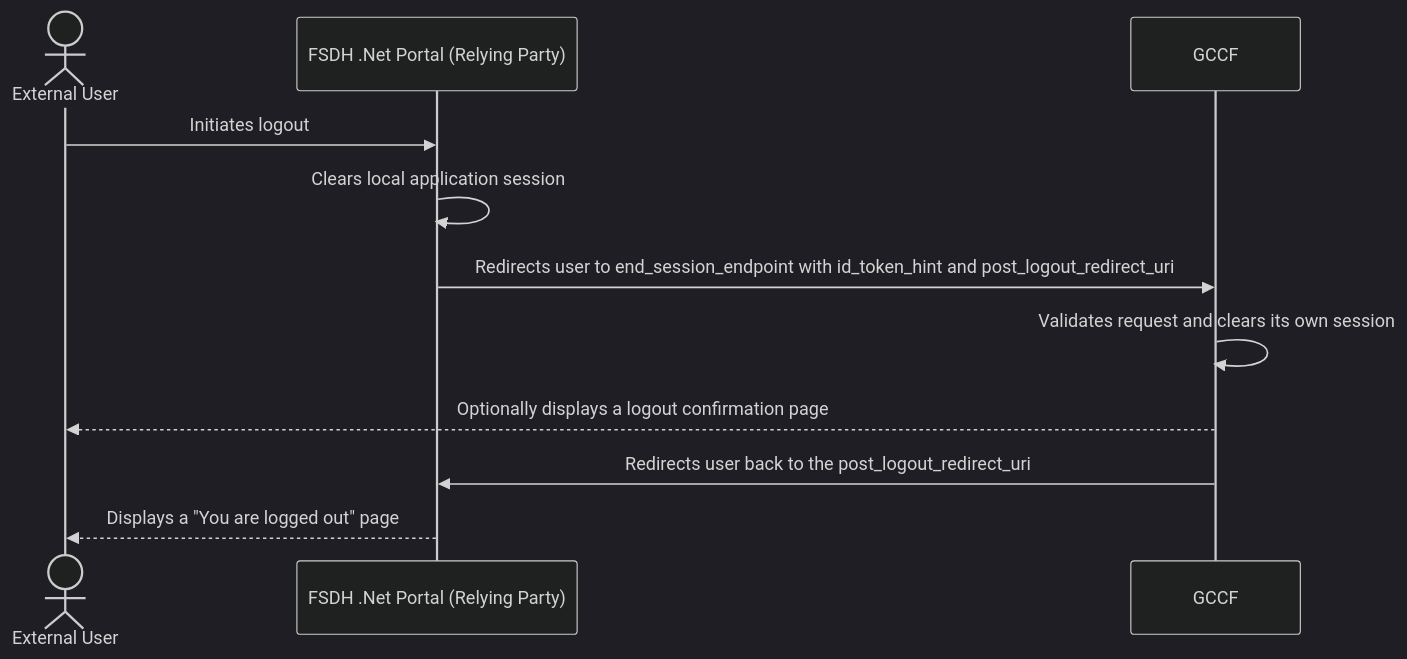
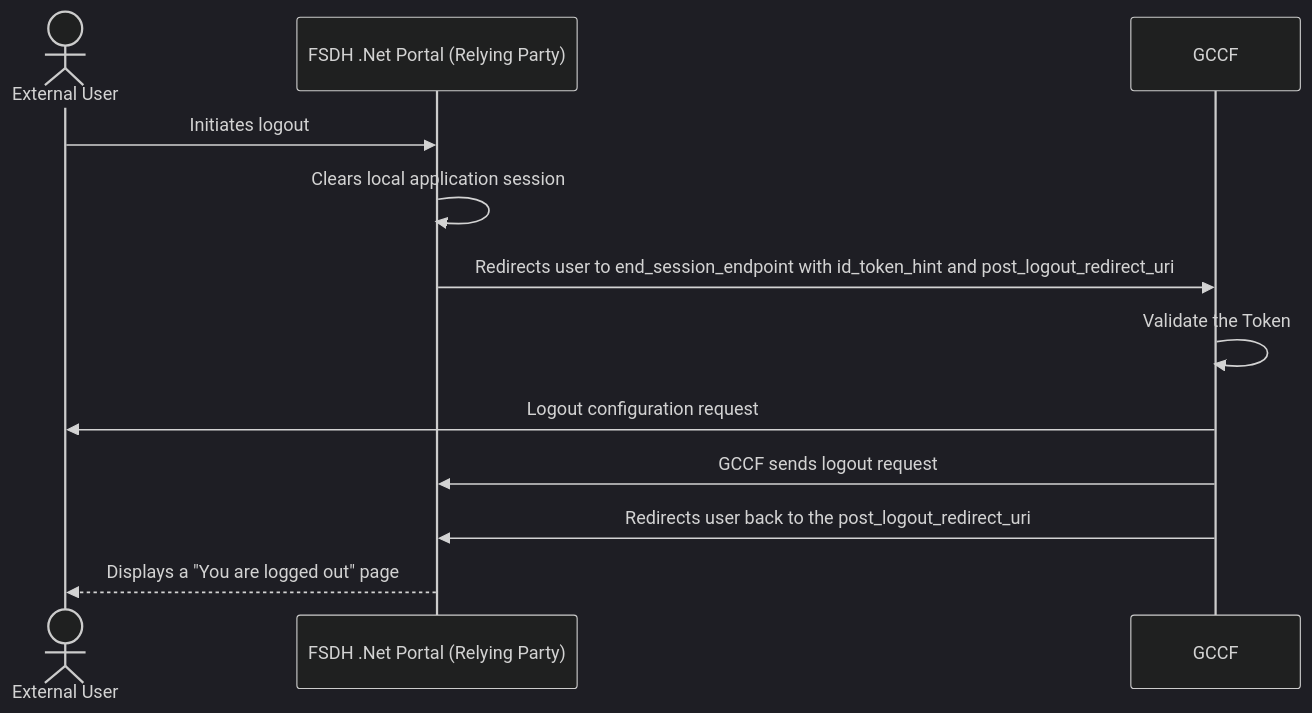
One commit to ssc-sp/datahub-docs changed the third of 6 diagrams in DeveloperGuide/GCCF/oidc_flow.md. Above: the diagram before and after it, drawn with Mermaid (dark theme). The commit also changed other lines of this file and 1 other file, not shown here.

Commit message:
added text and improved diagrams

````diff
--- a/DeveloperGuide/GCCF/oidc_flow.md
+++ b/DeveloperGuide/GCCF/oidc_flow.md
@@ -61,13 +64,14 @@
 ```mermaid
 sequenceDiagram
     actor User as External User
     participant FSDH as FSDH .Net Portal (Relying Party)
 
     User->>FSDH: Initiates logout
     FSDH->>FSDH: Clears local application session
     FSDH->>GCCF: Redirects user to end_session_endpoint with id_token_hint and post_logout_redirect_uri
-    GCCF->>GCCF: Validates request and clears its own session
-    GCCF-->>User: Optionally displays a logout confirmation page
+    GCCF->>GCCF: Validate the Token
+    GCCF->>User: Logout configuration request
+    GCCF->>FSDH: GCCF sends logout request
     GCCF->>FSDH: Redirects user back to the post_logout_redirect_uri
-    FSDH-->>User: Displays a "You are logged out" page
+    FSDH-->>User: Displays a "You are logged out" page    
 ```
````
